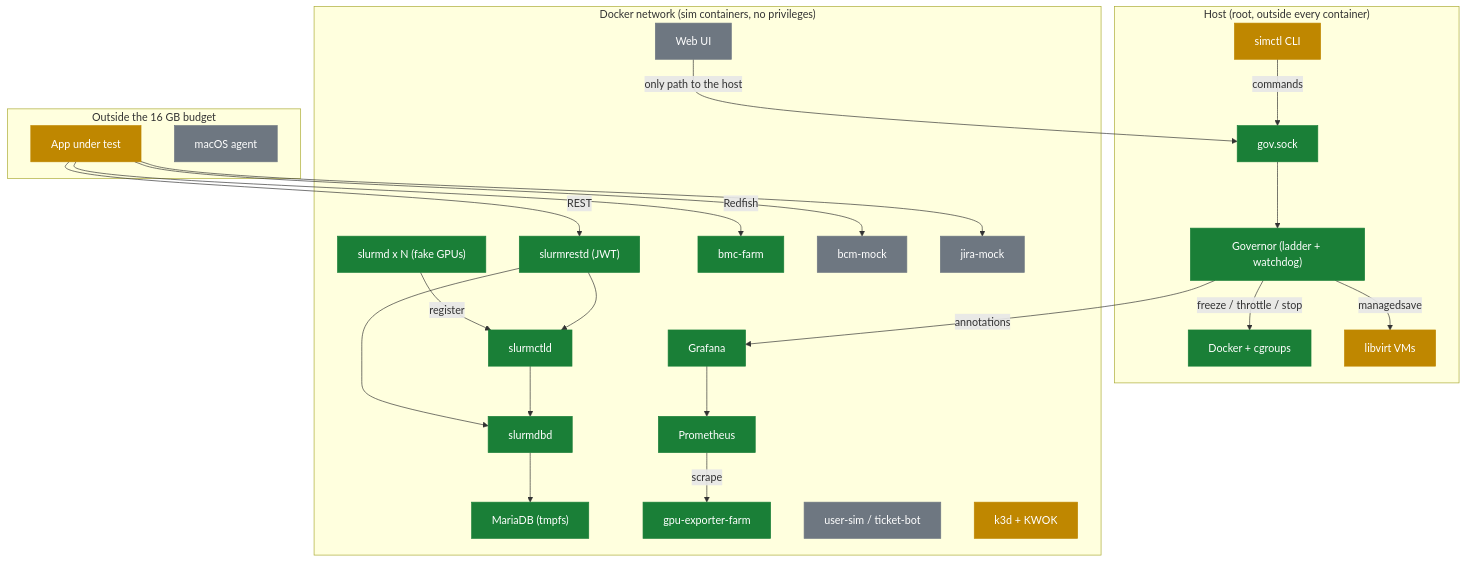
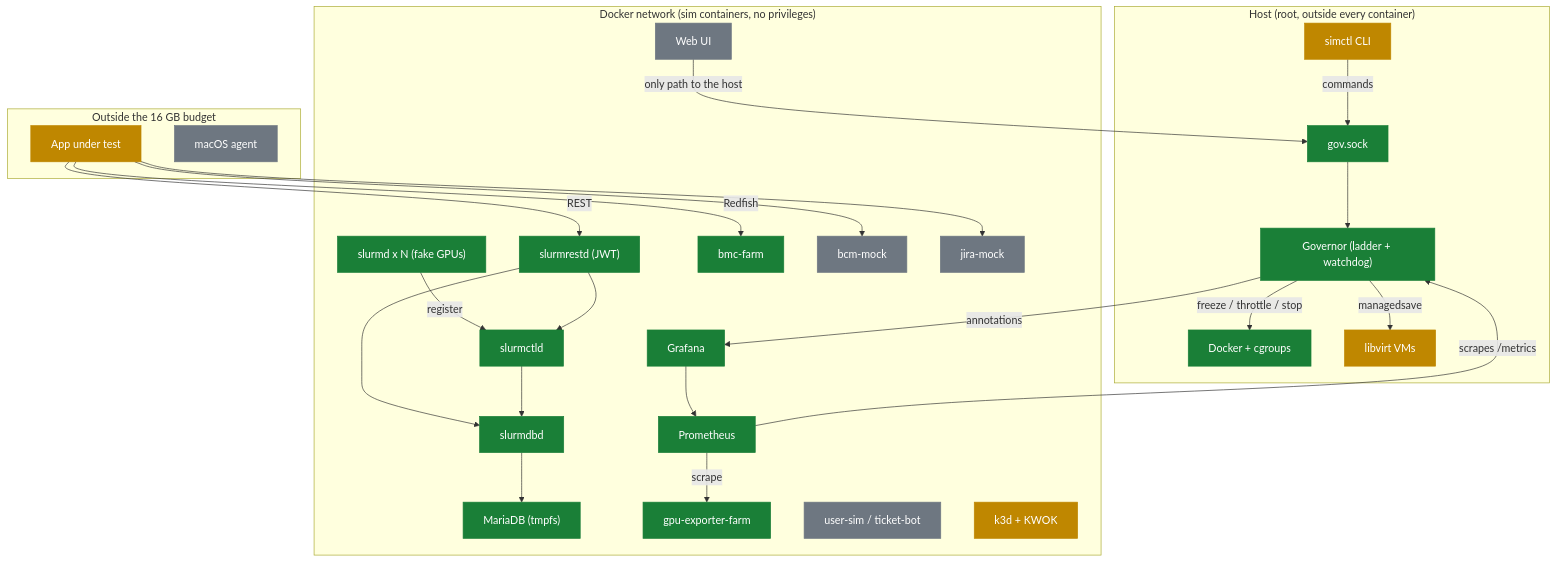
The second of 2 diagrams in docs/PROGRESS.md (AhmedYousriSobhi/workbench), drawn with Mermaid before and after one commit. The commit also changed other lines of this file and 13 other files, not shown here.

````diff
--- a/docs/PROGRESS.md
+++ b/docs/PROGRESS.md
@@ -32,51 +32,52 @@
 ```mermaid
 flowchart TB
     subgraph host["Host (root, outside every container)"]
         simctl["simctl CLI"]:::partial
         gov["Governor (ladder + watchdog)"]:::done
         sock["gov.sock"]:::done
         docker["Docker + cgroups"]:::done
         libvirt["libvirt VMs"]:::partial
     end
     subgraph net["Docker network (sim containers, no privileges)"]
         ctld["slurmctld"]:::done
         slurmd["slurmd x N (fake GPUs)"]:::done
         restd["slurmrestd (JWT)"]:::done
         dbd["slurmdbd"]:::done
         maria["MariaDB (tmpfs)"]:::done
         prom["Prometheus"]:::done
         graf["Grafana"]:::done
         gpux["gpu-exporter-farm"]:::done
         bmc["bmc-farm"]:::done
         bcm["bcm-mock"]:::todo
         jira["jira-mock"]:::todo
         users["user-sim / ticket-bot"]:::todo
         k8s["k3d + KWOK"]:::partial
         webui["Web UI"]:::todo
     end
     subgraph ext["Outside the 16 GB budget"]
         app["App under test"]:::partial
         mac["macOS agent"]:::todo
     end
     simctl -->|"commands"| sock
     sock --> gov
     gov -->|"freeze / throttle / stop"| docker
     gov -->|"managedsave"| libvirt
+    prom -->|"scrapes /metrics"| gov
     gov -->|"annotations"| graf
     slurmd -->|"register"| ctld
     restd --> ctld
     restd --> dbd
     ctld --> dbd
     dbd --> maria
     prom -->|"scrape"| gpux
     graf --> prom
     webui -->|"only path to the host"| sock
     app -->|"REST"| restd
     app -->|"Redfish"| bmc
     app --> bcm
     app --> jira
     classDef done fill:#1a7f37,stroke:#1a7f37,color:#fff
     classDef review fill:#0969da,stroke:#0969da,color:#fff
     classDef partial fill:#bf8700,stroke:#bf8700,color:#fff
     classDef todo fill:#6e7781,stroke:#6e7781,color:#fff
 ```
````
